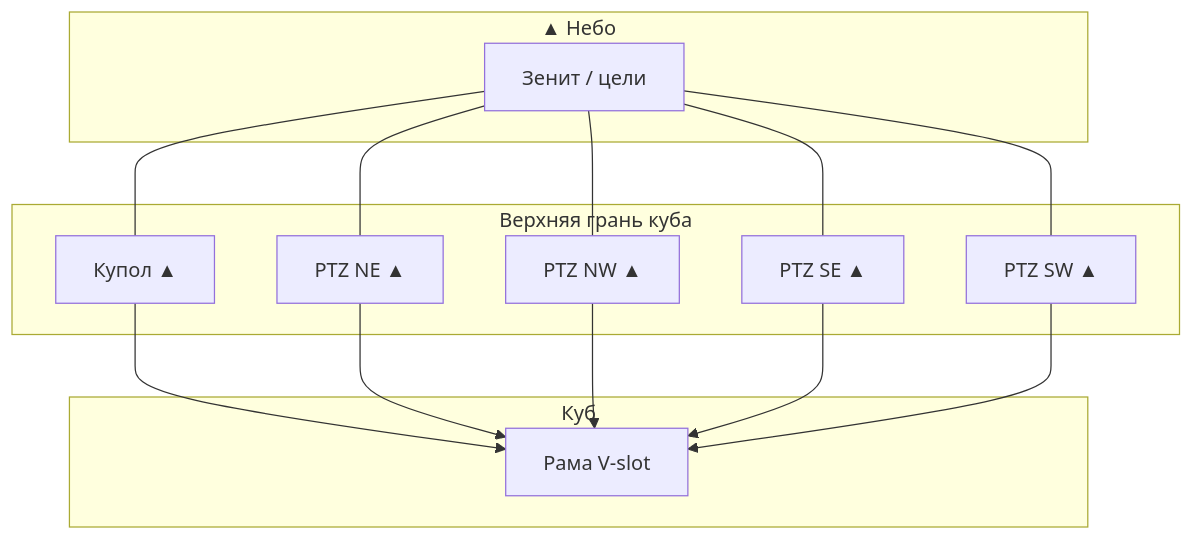
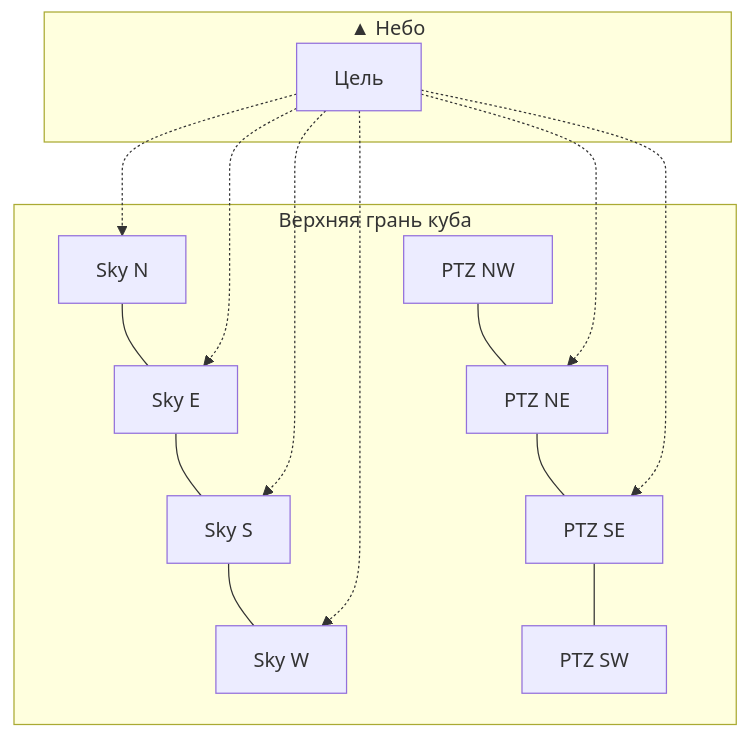
One commit to Andry495/Dron_monitoring changed the second of 3 diagrams in README.md. Above: the diagram before and after it, drawn with Mermaid. The commit also changed other lines of this file and 39 other files, not shown here.

First line of the commit message:
Align documentation with v1 kit: 4 sky + 4 PTZ ONVIF, separate ai-engine.

````diff
--- a/README.md
+++ b/README.md
@@ -100,21 +107,12 @@
 ```mermaid
 flowchart TB
     subgraph Sky["▲ Небо"]
-        Z[Зенит / цели]
+        T[Цель]
     end
-
     subgraph Top["Верхняя грань куба"]
-        D[Купол ▲]
-        P1[PTZ NE ▲]
-        P2[PTZ NW ▲]
-        P3[PTZ SE ▲]
-        P4[PTZ SW ▲]
+        SN[Sky N] --- SE[Sky E] --- SS[Sky S] --- SW[Sky W]
+        PN[PTZ NW] --- PE[PTZ NE] --- PS[PTZ SE] --- PW[PTZ SW]
     end
-
-    subgraph Cube["Куб"]
-        Frame[Рама V-slot]
-    end
-
-    Z --- D & P1 & P2 & P3 & P4
-    D & P1 & P2 & P3 & P4 --> Frame
+    T -.-> SN & SE & SS & SW
+    T -.-> PE & PS
 ```
````
